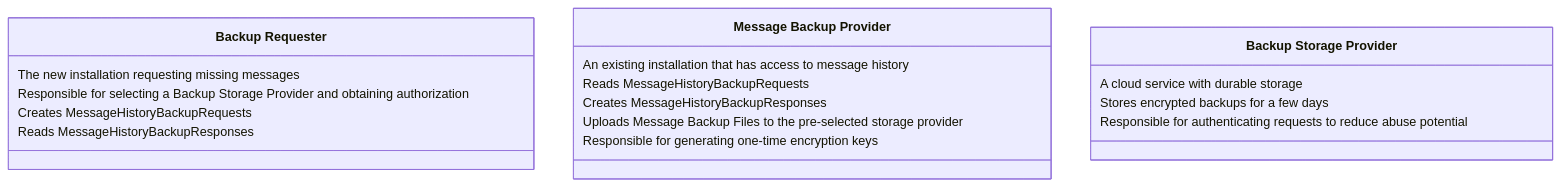
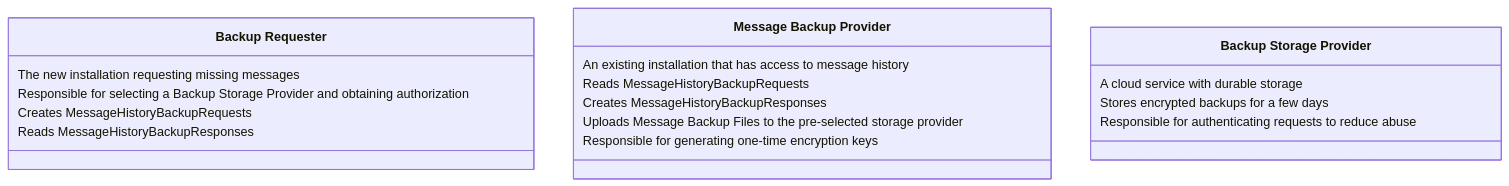
Before and after one commit to xmtp/XIPs: the first of 2 diagrams in XIPs/xip-31-message-backup-request-system.md, drawn with Mermaid. The commit also changed other lines of this file, not shown here.

````diff
--- a/XIPs/xip-31-message-backup-request-system.md
+++ b/XIPs/xip-31-message-backup-request-system.md
@@ -50,23 +50,23 @@
 ```mermaid
 classDiagram
 class R["Backup Requester"]{
     The new installation requesting missing messages
     Responsible for selecting a Backup Storage Provider and obtaining authorization
     Creates MessageHistoryBackupRequests
     Reads MessageHistoryBackupResponses
 }
 
 class M["Message Backup Provider"]{
     An existing installation that has access to message history
     Reads MessageHistoryBackupRequests
     Creates MessageHistoryBackupResponses
     Uploads Message Backup Files to the pre-selected storage provider
     Responsible for generating one-time encryption keys
 }
 
 class S["Backup Storage Provider"]{
     A cloud service with durable storage
     Stores encrypted backups for a few days
-    Responsible for authenticating requests to reduce abuse potential
+    Responsible for authenticating requests to reduce abuse
 }
 ```
````
